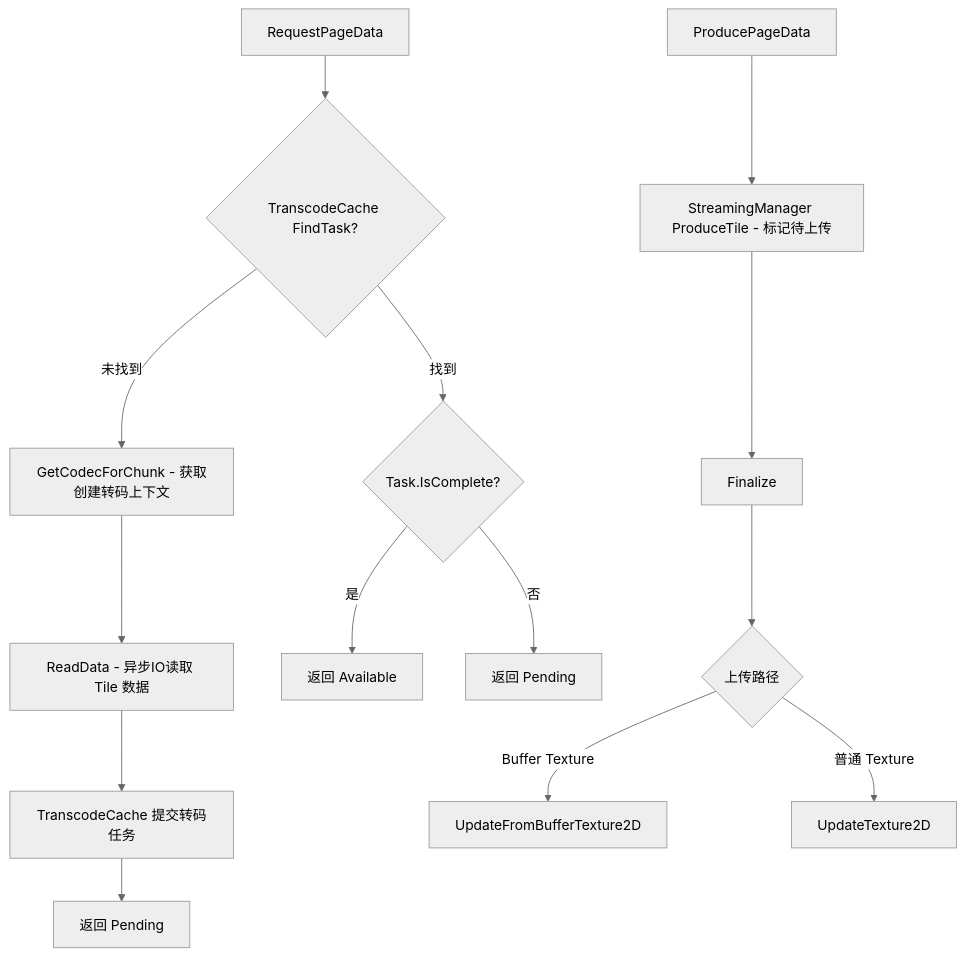
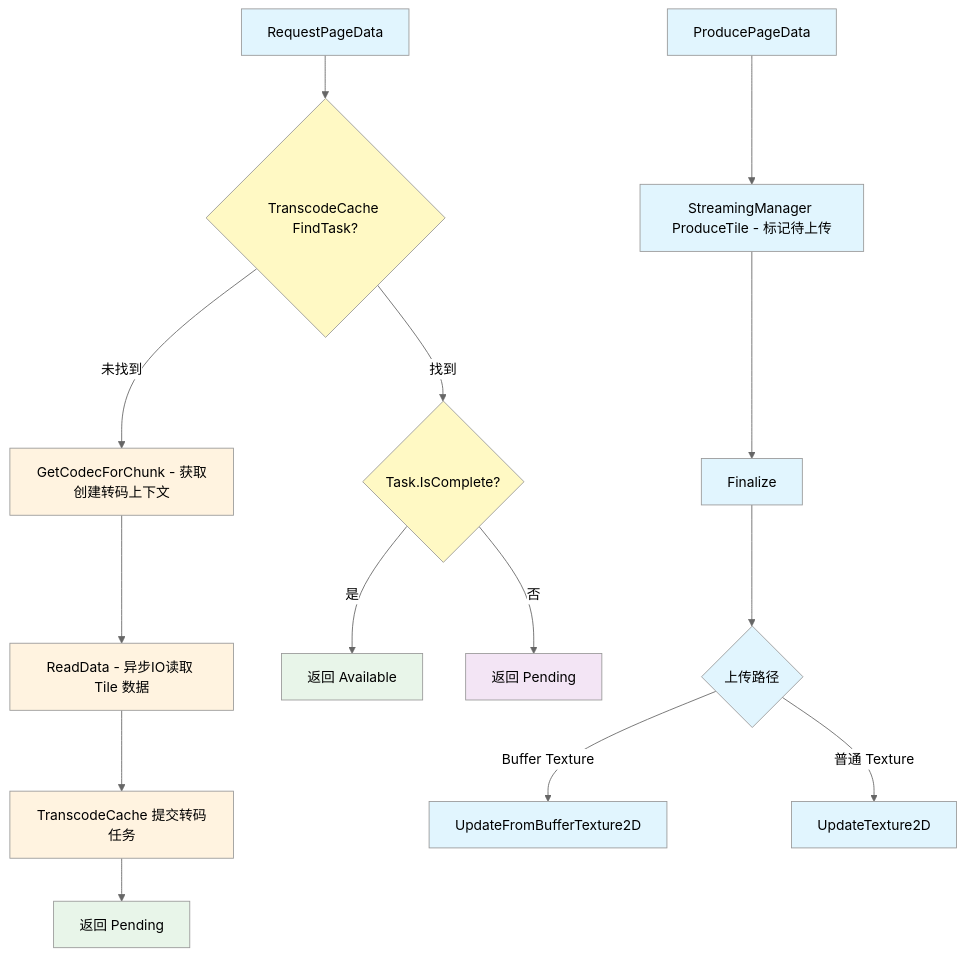
One commit to mr0ptimist/mroptimist.github.io changed diagram 14 of 21 in content/posts/UE5_Virtual_Texture_与_Runtime_Virtual_Texture_源码级全流程解析.md. Above: the diagram before and after it, drawn with Mermaid (neutral theme). The commit also changed other lines of this file and 2 other files, not shown here.

First line of the commit message:
Mermaid 图表 Dark Reader 兼容：所有 flowchart 加 classDef 配色 + 文字强制黑色

````diff
--- a/content/posts/UE5_Virtual_Texture_与_Runtime_Virtual_Texture_源码级全流程解析.md
+++ b/content/posts/UE5_Virtual_Texture_与_Runtime_Virtual_Texture_源码级全流程解析.md
@@ -668,17 +762,29 @@
 ```mermaid
 flowchart TD
     A["RequestPageData"] --> B{"TranscodeCache FindTask?"}
     B -->|"未找到"| C["GetCodecForChunk - 获取创建转码上下文"]
     C --> D["ReadData - 异步IO读取 Tile 数据"]
     D --> E["TranscodeCache 提交转码任务"]
     E --> F["返回 Pending"]
     B -->|"找到"| G{"Task.IsComplete?"}
     G -->|是| H["返回 Available"]
     G -->|否| I["返回 Pending"]
 
     J["ProducePageData"] --> K["StreamingManager ProduceTile - 标记待上传"]
     K --> L["Finalize"]
     L --> M{"上传路径"}
     M -->|"Buffer Texture"| N["UpdateFromBufferTexture2D"]
     M -->|"普通 Texture"| O["UpdateTexture2D"]
+
+    classDef proc fill:#e1f5fe,color:#000
+    classDef dec fill:#fff9c4,color:#000
+    classDef ok fill:#e8f5e9,color:#000
+    classDef data fill:#fff3e0,color:#000
+    classDef out fill:#f3e5f5,color:#000
+    class A,J,K,L proc
+    class B,G dec
+    class C,D,E data
+    class F,H ok
+    class I out
+    class M,N,O proc
 ```
````
